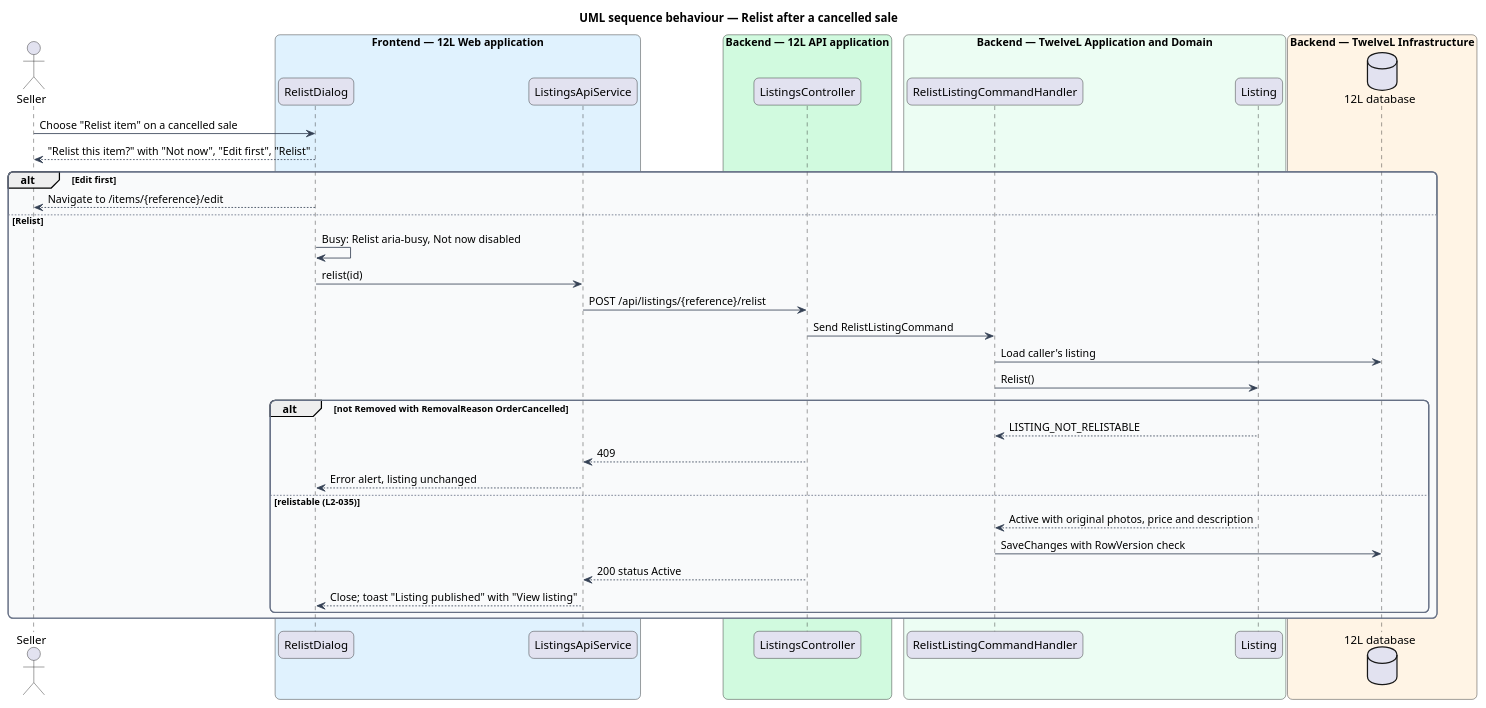
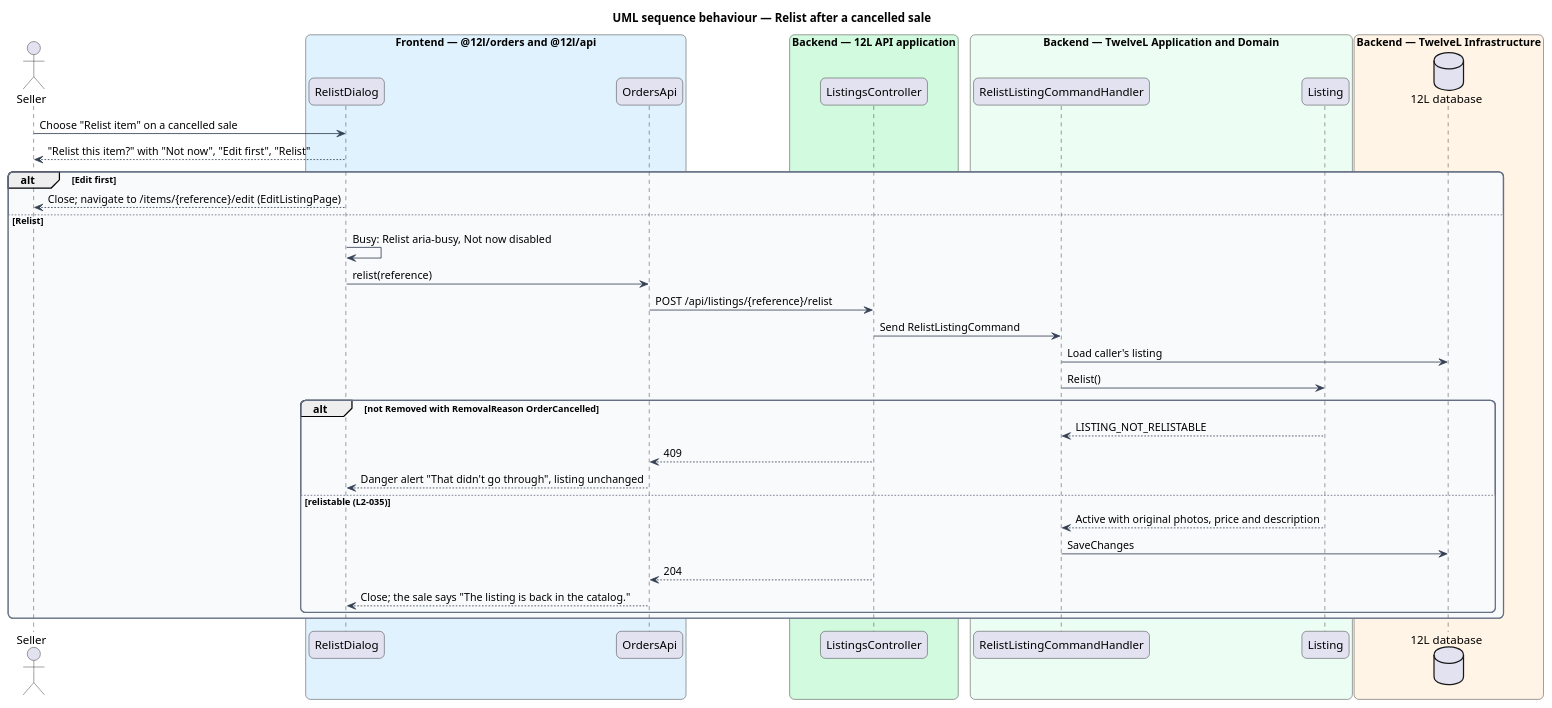
Before and after one commit to QuinntyneBrown/12l: the diagram in docs/detailed-designs/listings/edit-and-withdraw-listing/diagrams/sequence-relist-listing.puml, drawn with PlantUML. The commit also changed 18 other files, not shown here.

Commit message:
Document edit-and-withdraw-listing: design, ADR listings/0003, mocks, L2-020, composition, estimates

```diff
--- a/docs/detailed-designs/listings/edit-and-withdraw-listing/diagrams/sequence-relist-listing.puml
+++ b/docs/detailed-designs/listings/edit-and-withdraw-listing/diagrams/sequence-relist-listing.puml
@@ -1,54 +1,54 @@
 @startuml
 title UML sequence behaviour — Relist after a cancelled sale
 skinparam backgroundColor #FFFFFF
 skinparam shadowing false
 skinparam roundcorner 12
 skinparam defaultFontName Arial
 skinparam ArrowColor #344054
 skinparam rectangle {
   BorderColor #344054
   FontColor #101828
 }
 skinparam package {
   BorderColor #667085
   FontColor #101828
   BackgroundColor #F9FAFB
 }
 actor "Seller" as actor
-box "Frontend — 12L Web application" #E0F2FE
+box "Frontend — @12l/orders and @12l/api" #E0F2FE
   participant "RelistDialog" as dialog
-  participant "ListingsApiService" as client
+  participant "OrdersApi" as client
 end box
 box "Backend — 12L API application" #D1FADF
   participant "ListingsController" as controller
 end box
 box "Backend — TwelveL Application and Domain" #ECFDF3
   participant "RelistListingCommandHandler" as handler
   participant "Listing" as entity
 end box
 box "Backend — TwelveL Infrastructure" #FFF4E5
   database "12L database" as db
 end box
 actor -> dialog : Choose "Relist item" on a cancelled sale
 dialog --> actor : "Relist this item?" with "Not now", "Edit first", "Relist"
 alt Edit first
-  dialog --> actor : Navigate to /items/{reference}/edit
+  dialog --> actor : Close; navigate to /items/{reference}/edit (EditListingPage)
 else Relist
   dialog -> dialog : Busy: Relist aria-busy, Not now disabled
-  dialog -> client : relist(id)
+  dialog -> client : relist(reference)
   client -> controller : POST /api/listings/{reference}/relist
   controller -> handler : Send RelistListingCommand
   handler -> db : Load caller's listing
   handler -> entity : Relist()
   alt not Removed with RemovalReason OrderCancelled
     entity --> handler : LISTING_NOT_RELISTABLE
     controller --> client : 409
-    client --> dialog : Error alert, listing unchanged
+    client --> dialog : Danger alert "That didn't go through", listing unchanged
   else relistable (L2-035)
     entity --> handler : Active with original photos, price and description
-    handler -> db : SaveChanges with RowVersion check
-    controller --> client : 200 status Active
-    client --> dialog : Close; toast "Listing published" with "View listing"
+    handler -> db : SaveChanges
+    controller --> client : 204
+    client --> dialog : Close; the sale says "The listing is back in the catalog."
   end
 end
 @enduml
```
